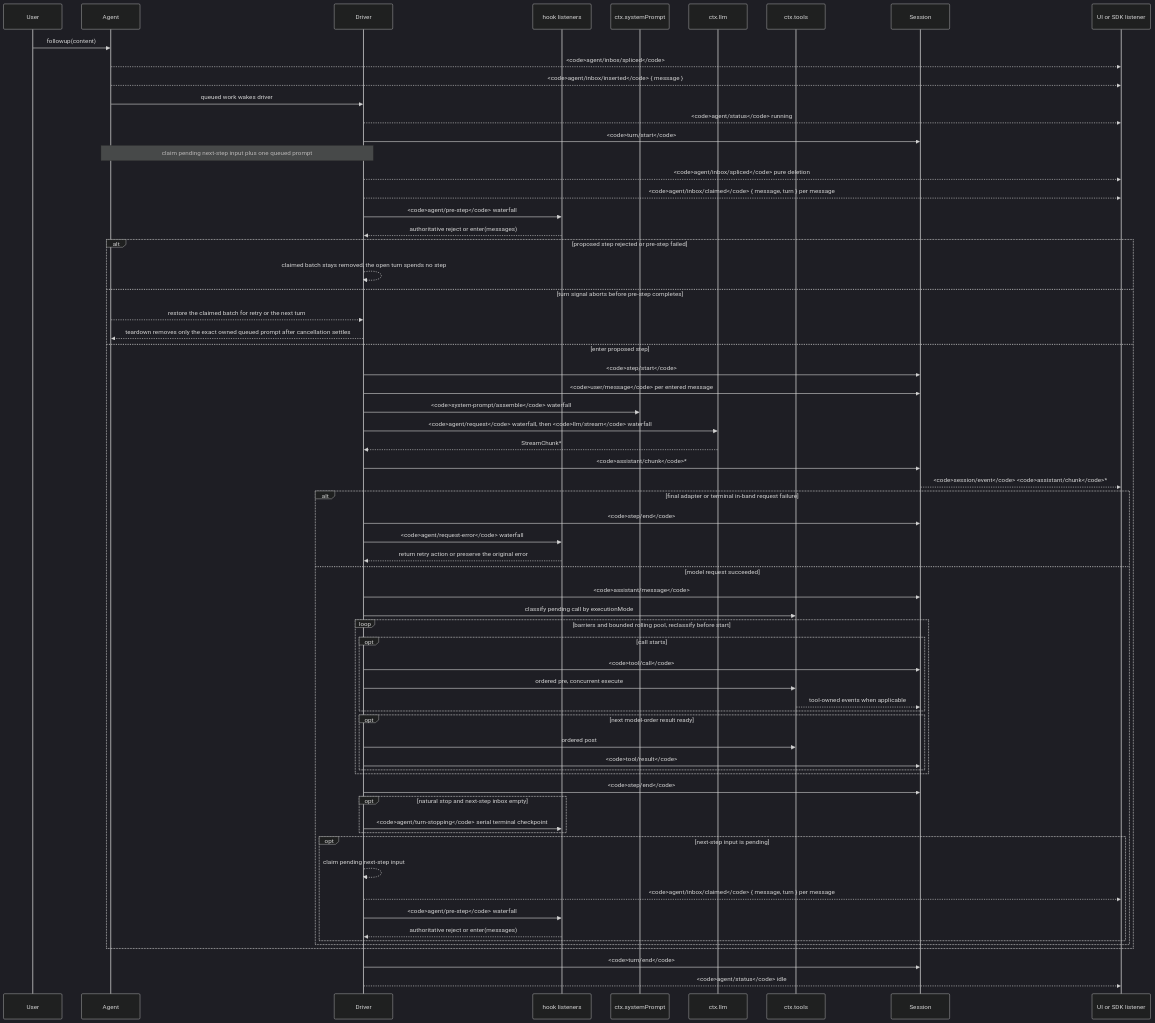
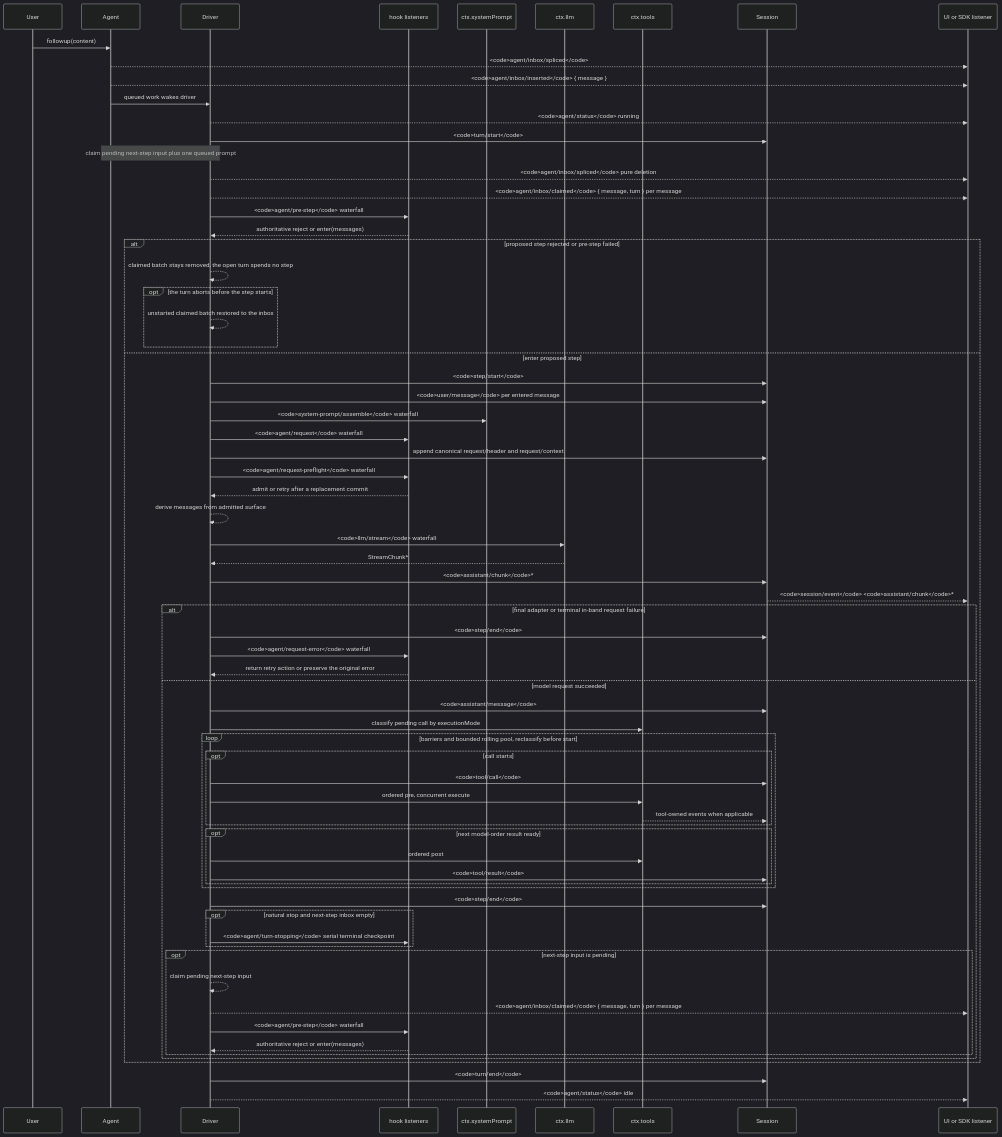
The diagram in docs/agent-lifecycle.md (Abaddollyon/deepseek-harness), drawn with Mermaid (dark theme) before and after one commit. The commit also changed other lines of this file and 60 other files, not shown here.

````diff
--- a/docs/agent-lifecycle.md
+++ b/docs/agent-lifecycle.md
@@ -8,68 +8,73 @@
 ```mermaid
 sequenceDiagram
   participant User
   participant Agent
   participant Driver
   participant Hooks as hook listeners
   participant Prompt as ctx.systemPrompt
   participant LLM as ctx.llm
   participant Tools as ctx.tools
   participant Session
   participant SDK as UI or SDK listener
   User->>Agent: followup(content)
   Agent-->>SDK: <code>agent/inbox/spliced</code>
   Agent-->>SDK: <code>agent/inbox/inserted</code> { message }
   Agent->>Driver: queued work wakes driver
   Driver-->>SDK: <code>agent/status</code> running
   Driver->>Session: <code>turn/start</code>
   Note over Agent,Driver: claim pending next-step input plus one queued prompt
   Driver-->>SDK: <code>agent/inbox/spliced</code> pure deletion
   Driver-->>SDK: <code>agent/inbox/claimed</code> { message, turn } per message
   Driver->>Hooks: <code>agent/pre-step</code> waterfall
   Hooks-->>Driver: authoritative reject or enter(messages)
   alt proposed step rejected or pre-step failed
     Driver-->>Driver: claimed batch stays removed, the open turn spends no step
-  else turn signal aborts before pre-step completes
-    Agent-->>Driver: restore the claimed batch for retry or the next turn
-    Driver-->>Agent: teardown removes only the exact owned queued prompt after cancellation settles
+    opt the turn aborts before the step starts
+      Driver-->>Driver: unstarted claimed batch restored to the inbox
+    end
   else enter proposed step
   Driver->>Session: <code>step/start</code>
   Driver->>Session: <code>user/message</code> per entered message
   Driver->>Prompt: <code>system-prompt/assemble</code> waterfall
-  Driver->>LLM: <code>agent/request</code> waterfall, then <code>llm/stream</code> waterfall
+  Driver->>Hooks: <code>agent/request</code> waterfall
+  Driver->>Session: append canonical request/header and request/context
+  Driver->>Hooks: <code>agent/request-preflight</code> waterfall
+  Hooks-->>Driver: admit or retry after a replacement commit
+  Driver-->>Driver: derive messages from admitted surface
+  Driver->>LLM: <code>llm/stream</code> waterfall
   LLM-->>Driver: StreamChunk*
   Driver->>Session: <code>assistant/chunk</code>*
   Session-->>SDK: <code>session/event</code> <code>assistant/chunk</code>*
   alt final adapter or terminal in-band request failure
     Driver->>Session: <code>step/end</code>
     Driver->>Hooks: <code>agent/request-error</code> waterfall
     Hooks-->>Driver: return retry action or preserve the original error
   else model request succeeded
   Driver->>Session: <code>assistant/message</code>
   Driver->>Tools: classify pending call by executionMode
   loop barriers and bounded rolling pool, reclassify before start
     opt call starts
       Driver->>Session: <code>tool/call</code>
       Driver->>Tools: ordered pre, concurrent execute
       Tools-->>Session: tool-owned events when applicable
     end
     opt next model-order result ready
       Driver->>Tools: ordered post
       Driver->>Session: <code>tool/result</code>
     end
   end
   Driver->>Session: <code>step/end</code>
   opt natural stop and next-step inbox empty
     Driver->>Hooks: <code>agent/turn-stopping</code> serial terminal checkpoint
   end
   opt next-step input is pending
     Driver-->>Driver: claim pending next-step input
     Driver-->>SDK: <code>agent/inbox/claimed</code> { message, turn } per message
     Driver->>Hooks: <code>agent/pre-step</code> waterfall
     Hooks-->>Driver: authoritative reject or enter(messages)
   end
   end
   end
   Driver->>Session: <code>turn/end</code>
   Driver-->>SDK: <code>agent/status</code> idle
 ```
````
